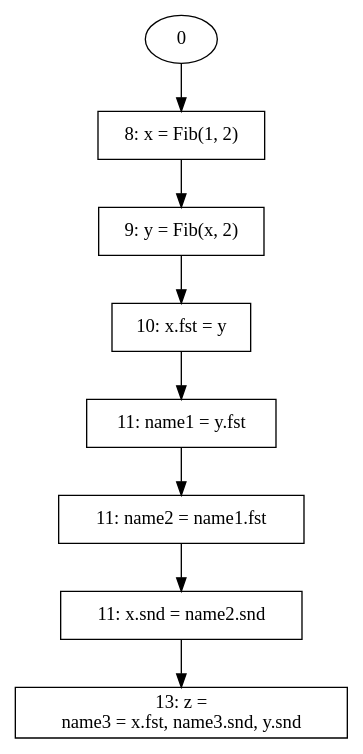
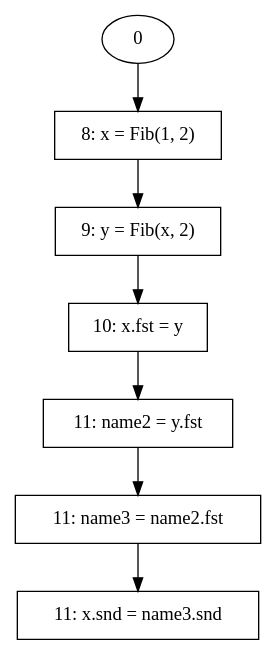
The diagram in main/Source.gv (racerand/PyAnalysis), drawn with Graphviz before and after one commit. The commit also changed 2 other files, not shown here.

```diff
--- a/main/Source.gv
+++ b/main/Source.gv
@@ -1,18 +1,15 @@
 // Control Flow Graph
 digraph {
 	1 [label="8: x = Fib(1, 2)" peripheries=1 shape=rectangle]
 	0 -> 1
 	2 [label="9: y = Fib(x, 2)" peripheries=1 shape=rectangle]
 	1 -> 2
 	3 [label="10: x.fst = y" peripheries=1 shape=rectangle]
 	2 -> 3
-	4 [label="11: name1 = y.fst" peripheries=1 shape=rectangle]
+	4 [label="11: name2 = y.fst" peripheries=1 shape=rectangle]
 	3 -> 4
-	5 [label="11: name2 = name1.fst" peripheries=1 shape=rectangle]
+	5 [label="11: name3 = name2.fst" peripheries=1 shape=rectangle]
 	4 -> 5
-	6 [label="11: x.snd = name2.snd" peripheries=1 shape=rectangle]
+	6 [label="11: x.snd = name3.snd" peripheries=1 shape=rectangle]
 	5 -> 6
-	7 [label="13: z = 
-name3 = x.fst, name3.snd, y.snd" peripheries=1 shape=rectangle]
-	6 -> 7
 }
```
